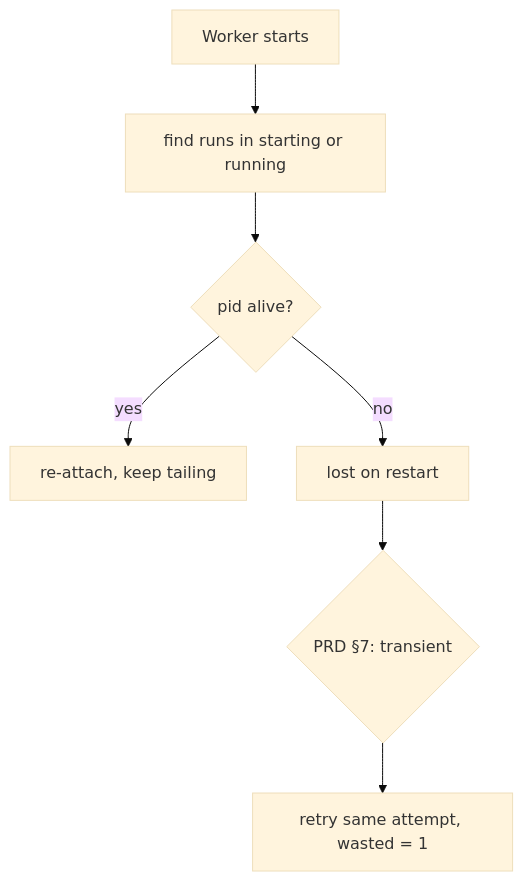
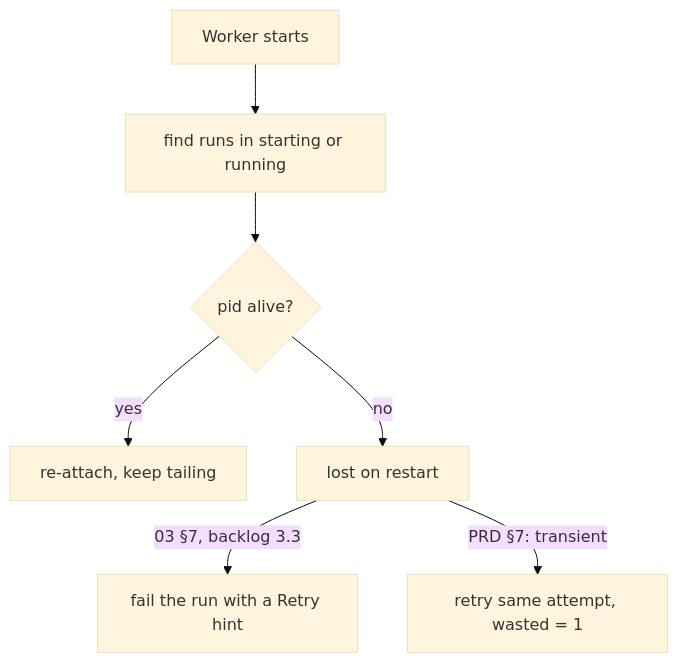
One commit to ClearCloudSoftware/flowboard changed the diagram in docs/FlowBoard/Execution/Worker Lifecycle.md. Above: the diagram before and after it, drawn with Mermaid (base theme). The commit also changed other lines of this file and 35 other files, not shown here.

````diff
--- a/docs/FlowBoard/Execution/Worker Lifecycle.md
+++ b/docs/FlowBoard/Execution/Worker Lifecycle.md
@@ -39,9 +41,9 @@
 ```mermaid
 flowchart TD
   S[Worker starts] --> F[find runs in starting or running]
   F --> P{pid alive?}
   P -->|yes| T[re-attach, keep tailing]
   P -->|no| L[lost on restart]
-  L --> C{PRD §7: transient}
-  C --> R[retry same attempt, wasted = 1]
+  L -->|03 §7, backlog 3.3| FH[fail the run with a Retry hint]
+  L -->|PRD §7: transient| R[retry same attempt, wasted = 1]
 ```
````
